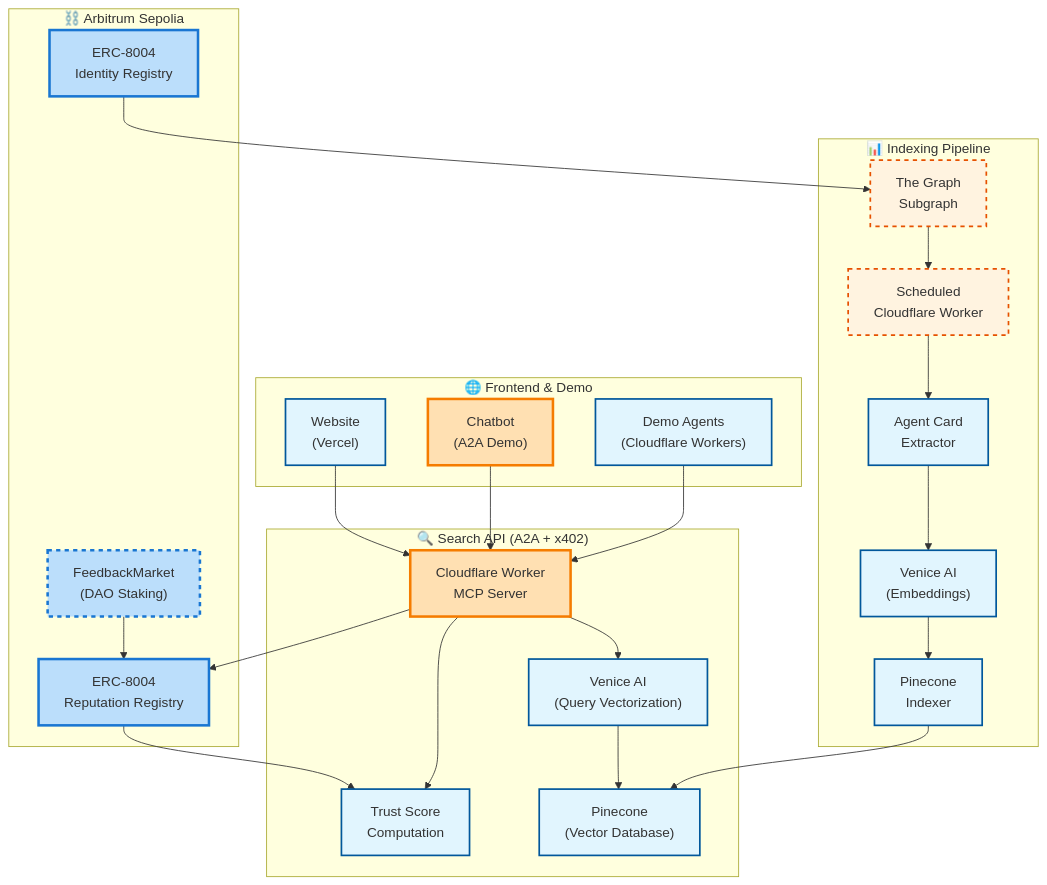
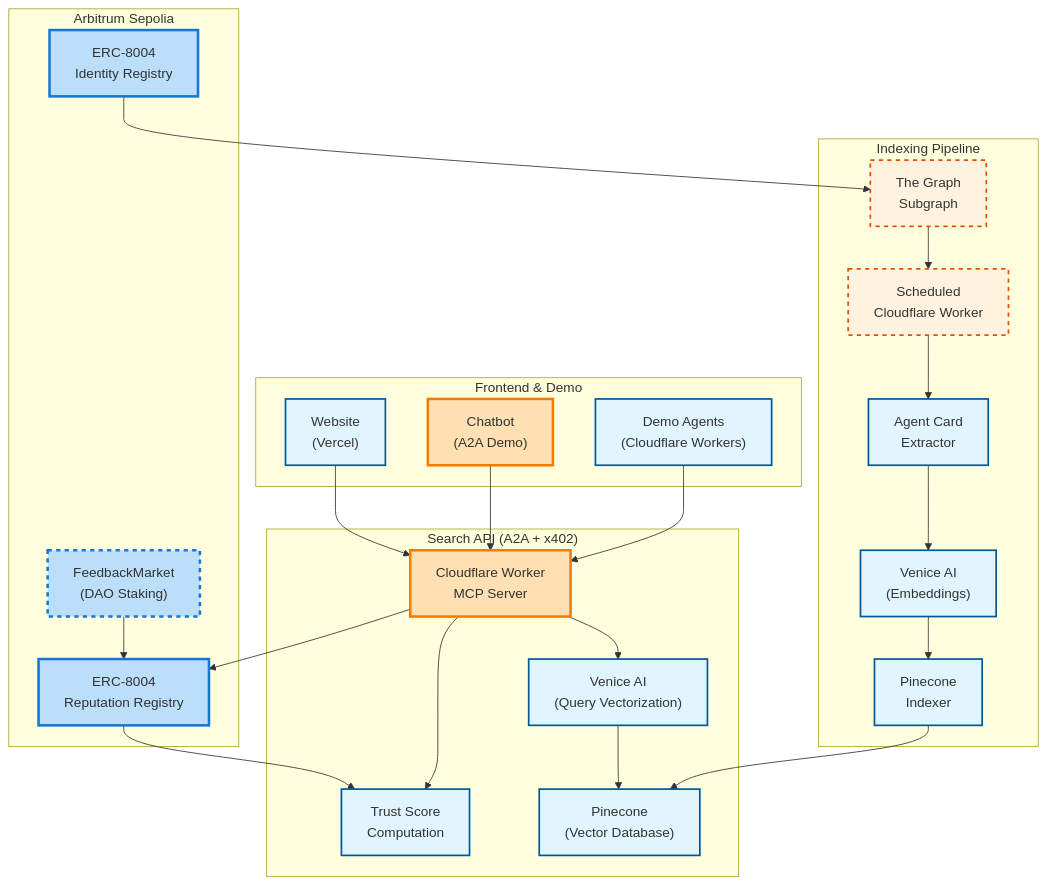
The diagram in README.md (ojasarora77/encode-london2025), drawn with Mermaid before and after one commit.

````diff
--- a/README.md
+++ b/README.md
@@ -37,68 +37,68 @@
 ``` mermaid
 graph TB
     %% Define styles
     classDef implemented fill:#e1f5fe,stroke:#01579b,stroke-width:2px
     classDef roadmap fill:#fff3e0,stroke:#e65100,stroke-width:2px,stroke-dasharray: 5 5
     classDef arbitrum fill:#bbdefb,stroke:#1976d2,stroke-width:3px
     classDef x402 fill:#c8e6c9,stroke:#388e3c,stroke-width:3px
     classDef a2a fill:#ffe0b2,stroke:#f57c00,stroke-width:3px
 
     %% Frontend Layer
-    subgraph Frontend["🌐 Frontend & Demo"]
+    subgraph Frontend["Frontend & Demo"]
         Website["Website<br/>(Vercel)"]
         Chatbot["Chatbot<br/>(A2A Demo)"]
         DemoAgents["Demo Agents<br/>(Cloudflare Workers)"]
     end
 
     %% Search API Layer
-    subgraph SearchAPI["🔍 Search API (A2A + x402)"]
+    subgraph SearchAPI["Search API (A2A + x402)"]
         MCPWorker["Cloudflare Worker<br/>MCP Server"]
         Pinecone["Pinecone<br/>(Vector Database)"]
         TrustScore["Trust Score<br/>Computation"]
         VeniceAI["Venice AI<br/>(Query Vectorization)"]
     end
 
     %% Indexing Pipeline
-    subgraph Indexing["📊 Indexing Pipeline"]
+    subgraph Indexing["Indexing Pipeline"]
         GraphSubgraph["The Graph<br/>Subgraph"]
         Scheduler["Scheduled<br/> Cloudflare Worker"]
         AgentExtractor["Agent Card<br/>Extractor"]
         EmbeddingService["Venice AI<br/>(Embeddings)"]
         VectorIndexer["Pinecone<br/>Indexer"]
     end
 
     %% Blockchain Layer
-    subgraph Blockchain["⛓️ Arbitrum Sepolia"]
+    subgraph Blockchain["Arbitrum Sepolia"]
         ERC8004Identity["ERC-8004<br/>Identity Registry"]
         ERC8004Reputation["ERC-8004<br/>Reputation Registry"]
         FeedbackMarket["FeedbackMarket<br/>(DAO Staking)"]
     end
 
     %% Data Flows
     Website --> MCPWorker
     Chatbot --> MCPWorker
     DemoAgents --> MCPWorker
 
     MCPWorker --> VeniceAI
     MCPWorker --> TrustScore
     MCPWorker --> ERC8004Reputation
     VeniceAI --> Pinecone
 
     GraphSubgraph --> Scheduler
     Scheduler --> AgentExtractor
     AgentExtractor --> EmbeddingService
     EmbeddingService --> VectorIndexer
     VectorIndexer --> Pinecone
 
     ERC8004Identity --> GraphSubgraph
     ERC8004Reputation --> TrustScore
     FeedbackMarket --> ERC8004Reputation
 
 
     %% Apply styles
     class Website,Chatbot,DemoAgents,MCPWorker,VeniceAI,Pinecone,TrustScore,AgentExtractor,EmbeddingService,VectorIndexer implemented
     class GraphSubgraph,Scheduler,FeedbackMarket roadmap
     class ERC8004Identity,ERC8004Reputation,FeedbackMarket arbitrum
     class MCPWorker x402
     class Chatbot,MCPWorker a2a
 ```
````
